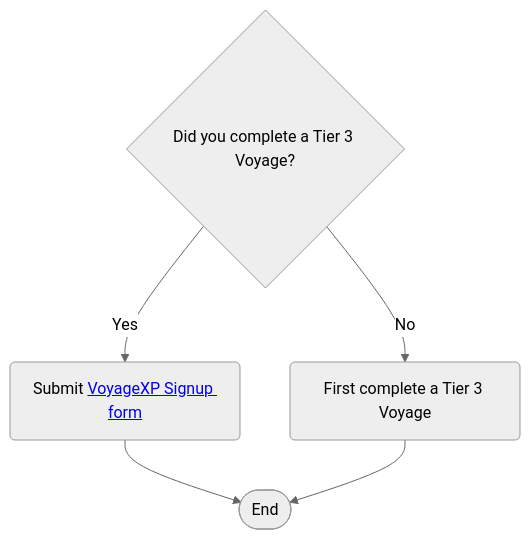
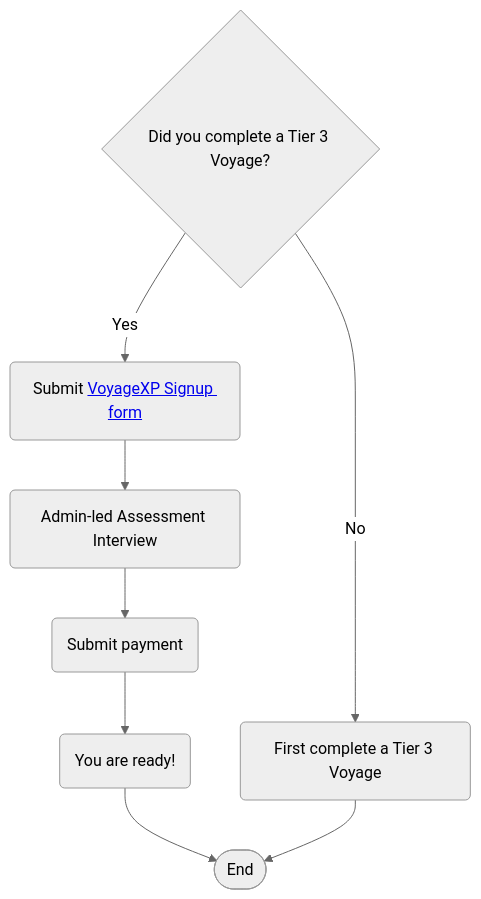
Before and after one commit to chingu-voyages/Handbook: the first of 3 diagrams in docs/guides/voyagexp/voyagexp.md, drawn with Mermaid (neutral theme).

Commit message:
Feature: Refine VoyageXP signup flowchart

````diff
--- a/docs/guides/voyagexp/voyagexp.md
+++ b/docs/guides/voyagexp/voyagexp.md
@@ -66,10 +66,12 @@
 ```mermaid
 flowchart TB
-   A{Did you complete a Tier 3 Voyage?};
-   A -- Yes --> B(Submit <a href='https://forms.gle/dFaNuYWAjARd99qo8' target='_blank'>VoyageXP Signup form</a>);
-   A -- No --> C(First complete a Tier 3 Voyage);
-
+  A{Did you complete a Tier 3 Voyage?};
+  A -- Yes --> B(Submit <a href='https://forms.gle/dFaNuYWAjARd99qo8' target='_blank'>VoyageXP Signup form</a>);
+  A -- No --> C(First complete a Tier 3 Voyage);
+  B --> D(Admin-led Assessment Interview);
+  D --> E(Submit payment);
+  E --> F(You are ready!);
    
-   B --> Z([End]);
-   C --> Z([End]);
+  F --> Z([End]);
+  C --> Z([End]);
 ```
````
